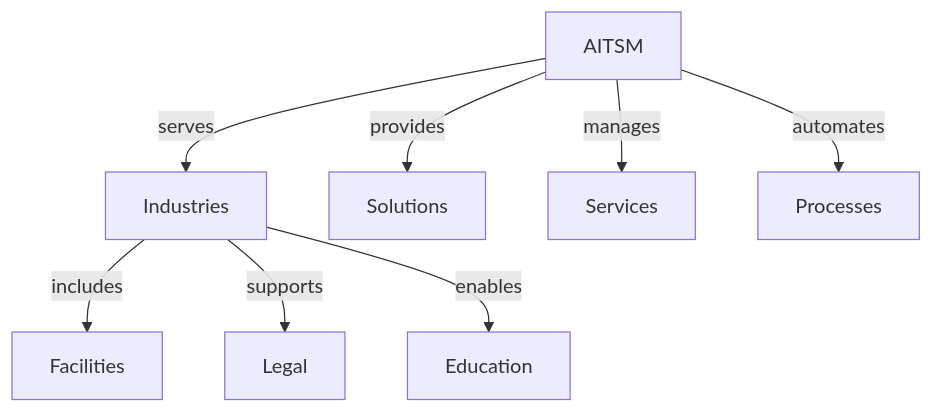
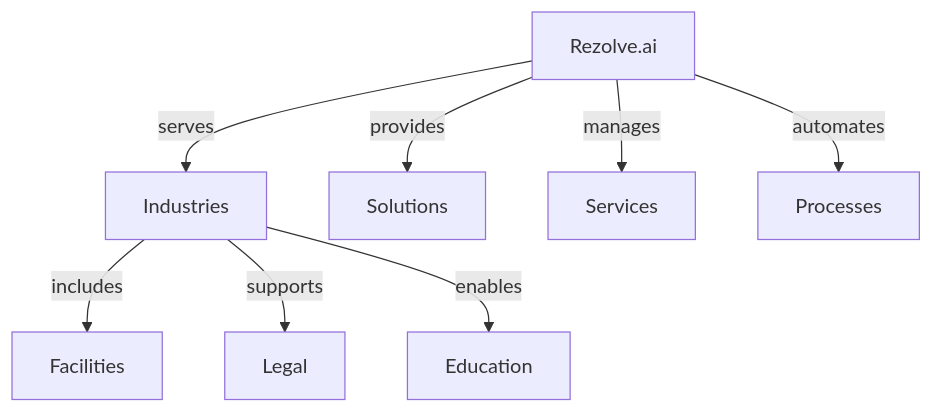
Before and after one commit to ubreddy/rezolve-docs: the diagram in docs/use-cases/others.md, drawn with Mermaid. The commit also changed other lines of this file and 35 other files, not shown here.

````diff
--- a/docs/use-cases/others.md
+++ b/docs/use-cases/others.md
@@ -17,11 +17,11 @@
 ```mermaid
 graph TD
-    A[AITSM] -->|serves| B[Industries]
+    A[Rezolve.ai] -->|serves| B[Industries]
     B -->|includes| C[Facilities]
     B -->|supports| D[Legal]
     B -->|enables| E[Education]
     
     A -->|provides| F[Solutions]
     A -->|manages| G[Services]
     A -->|automates| H[Processes]
 ```
````
